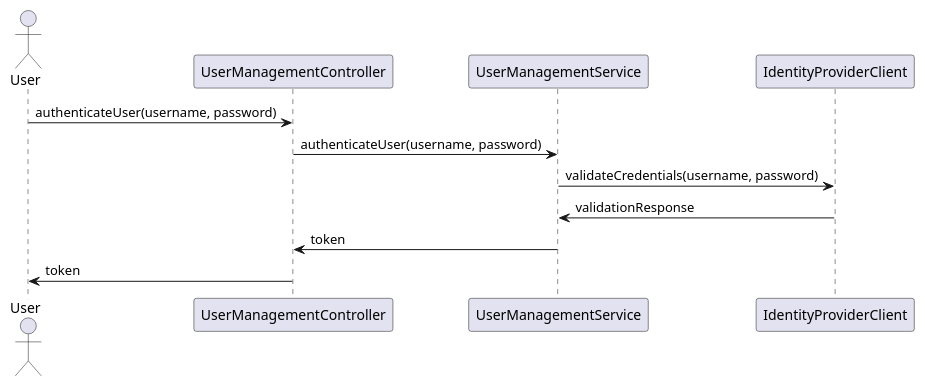
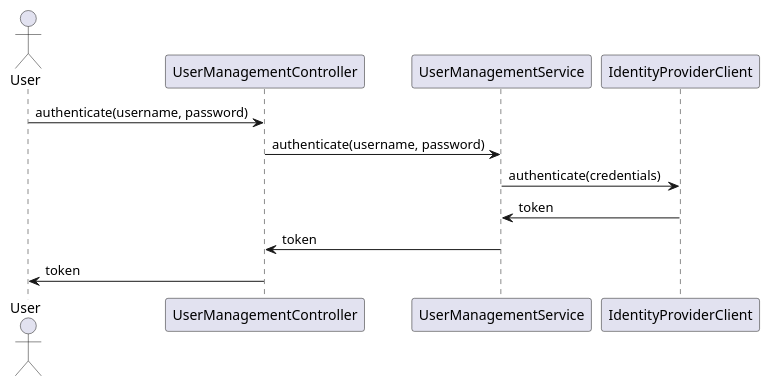
Before and after one commit to Dinesh-s95/AutoDoc.ai: the second of 4 diagrams in usermanagement/documentation/detaileddesign.adoc, drawn with PlantUML. The commit also changed other lines of this file and 15 other files, not shown here.

```diff
--- a/usermanagement/documentation/detaileddesign.adoc
+++ b/usermanagement/documentation/detaileddesign.adoc
@@ -127,16 +232,16 @@
 [plantuml, authentication-sequence, png]
 ----
 @startuml
 actor User
 participant "UserManagementController" as Controller
 participant "UserManagementService" as Service
 participant "IdentityProviderClient" as IdentityProvider
 
-User -> Controller : authenticateUser(username, password)
-Controller -> Service : authenticateUser(username, password)
-Service -> IdentityProvider : validateCredentials(username, password)
-IdentityProvider -> Service : validationResponse
+User -> Controller : authenticate(username, password)
+Controller -> Service : authenticate(username, password)
+Service -> IdentityProvider : authenticate(credentials)
+IdentityProvider -> Service : token
 Service -> Controller : token
 Controller -> User : token
 @enduml
 ----
```
